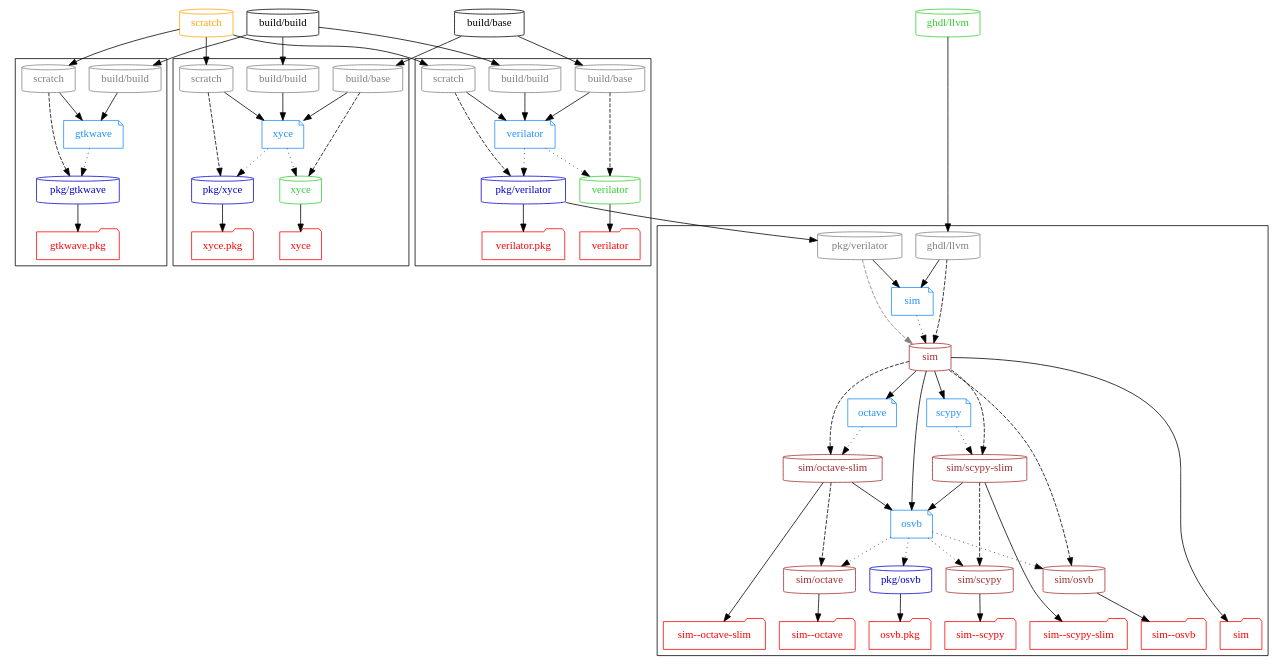
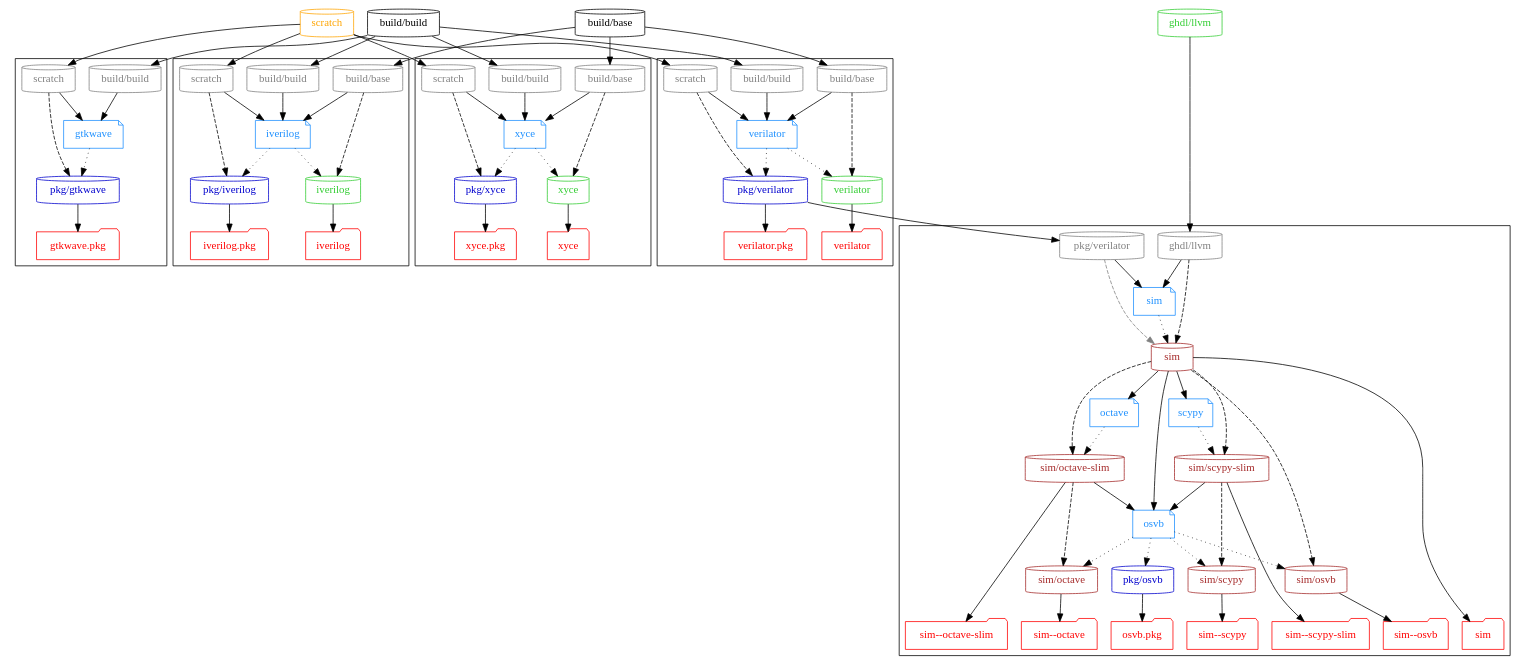
Before and after one commit to hdl/containers: the diagram in graph/sim.dot, drawn with Graphviz. The commit also changed 10 other files, not shown here.

```diff
--- a/graph/sim.dot
+++ b/graph/sim.dot
@@ -26,6 +26,7 @@
 
   { node [shape=note, color=dodgerblue, fontcolor=dodgerblue]
     d_gtkwave   [label="gtkwave"];
+    d_iverilog  [label="iverilog"];
     d_verilator [label="verilator"];
     d_sim       [label="sim"];
     d_octave    [label="octave"];
@@ -40,12 +41,14 @@
     "build/build"
     "build/base"
     { node [color=limegreen, fontcolor=limegreen]
+      "iverilog"
       "verilator"
       "ghdl/llvm"
       "xyce"
     }
     { node [color=mediumblue, fontcolor=mediumblue]
       "pkg/gtkwave"
+      "pkg/iverilog"
       "pkg/verilator"
       "pkg/osvb"
       "pkg/xyce"
@@ -87,6 +90,29 @@
     "t_pkg/gtkwave" [shape=folder, color=red, fontcolor=red, label="gtkwave.pkg"];
 
     "pkg/gtkwave" -> "t_pkg/gtkwave";
+  }
+
+  subgraph cluster_iverilog {
+    { rank=same
+      node [shape=cylinder, color=grey, fontcolor=grey]
+      "p_iverilog_build/build" [label="build/build"]
+      "p_iverilog_build/base" [label="build/base"]
+      "p_iverilog_scratch" [label="scratch"]
+    }
+
+    d_iverilog -> {
+      "iverilog"
+      "pkg/iverilog"
+    } [style=dotted];
+
+    {
+      node [shape=folder, color=red, fontcolor=red]
+      "t_iverilog" [label="iverilog"];
+      "t_pkg/iverilog" [label="iverilog.pkg"];
+    }
+
+    "iverilog" -> "t_iverilog";
+    "pkg/iverilog" -> "t_pkg/iverilog";
   }
 
   subgraph cluster_verilator {
@@ -190,9 +216,14 @@
   "build/build" -> "p_gtkwave_build/build" -> d_gtkwave;
   "scratch" -> "p_gtkwave_scratch" -> d_gtkwave;
 
+  "build/build" -> "p_iverilog_build/build" -> d_iverilog;
+  "build/base" -> "p_iverilog_build/base" -> d_iverilog;
+  "scratch" -> "p_iverilog_scratch" -> d_iverilog;
+
   "build/build" -> "p_verilator_build/build" -> d_verilator;
   "build/base" -> "p_verilator_build/base" -> d_verilator;
   "scratch" -> "p_verilator_scratch" -> d_verilator;
+
 
   "build/build" -> "p_xyce_build/build" -> d_xyce;
   "build/base" -> "p_xyce_build/base" -> d_xyce;
@@ -205,6 +236,9 @@
 
   { edge [style=dashed]
     "p_gtkwave_scratch" -> "pkg/gtkwave";
+
+    "p_iverilog_build/base" -> "iverilog";
+    "p_iverilog_scratch" -> "pkg/iverilog";
 
     "p_verilator_build/base" -> "verilator";
     "p_verilator_scratch" -> "pkg/verilator";
```
